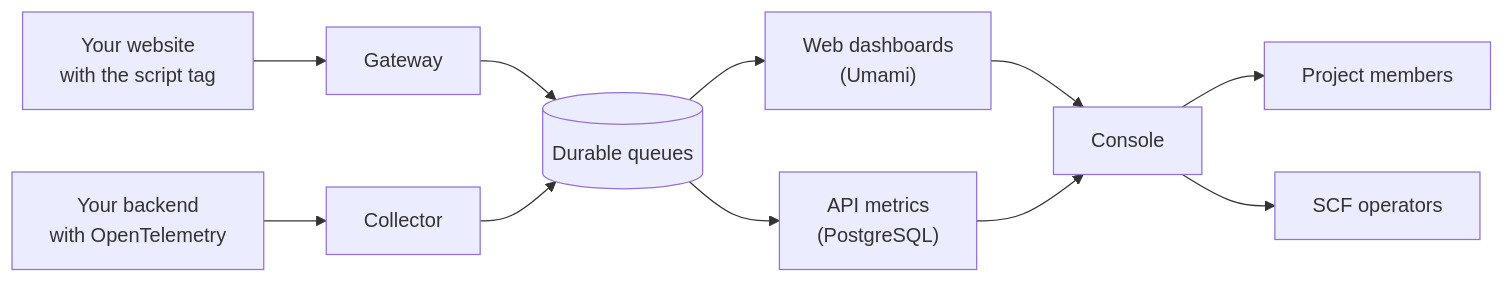
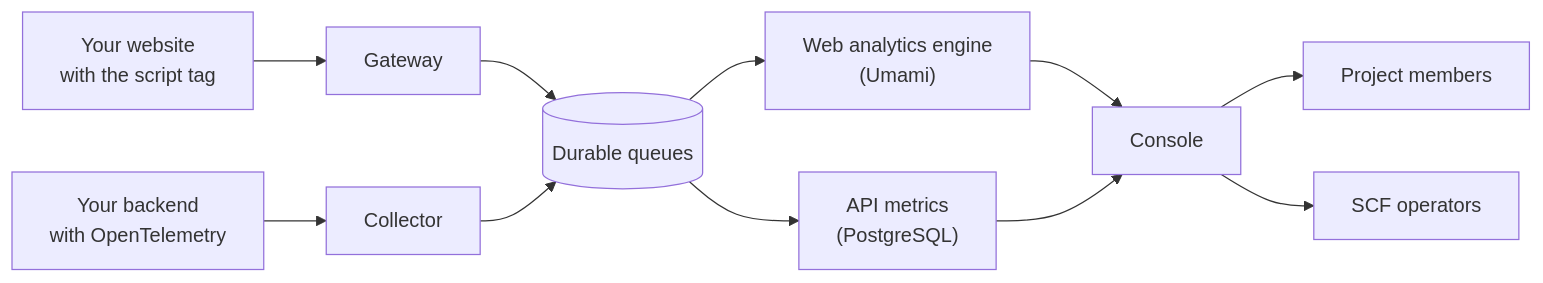
One commit to justmert/veristar changed the diagram in docs/how-it-works.mdx. Above: the diagram before and after it, drawn with Mermaid. The commit also changed other lines of this file and 24 other files, not shown here.

````diff
--- a/docs/how-it-works.mdx
+++ b/docs/how-it-works.mdx
@@ -10,13 +10,13 @@
 ```mermaid
 flowchart LR
   page["Your website<br/>with the script tag"] --> gateway["Gateway"]
   app["Your backend<br/>with OpenTelemetry"] --> collector["Collector"]
   gateway --> queue[("Durable queues")]
   collector --> queue
-  queue --> web["Web dashboards<br/>(Umami)"]
+  queue --> web["Web analytics engine<br/>(Umami)"]
   queue --> api["API metrics<br/>(PostgreSQL)"]
   web --> console["Console"]
   api --> console
   console --> members["Project members"]
   console --> operators["SCF operators"]
 ```
````
